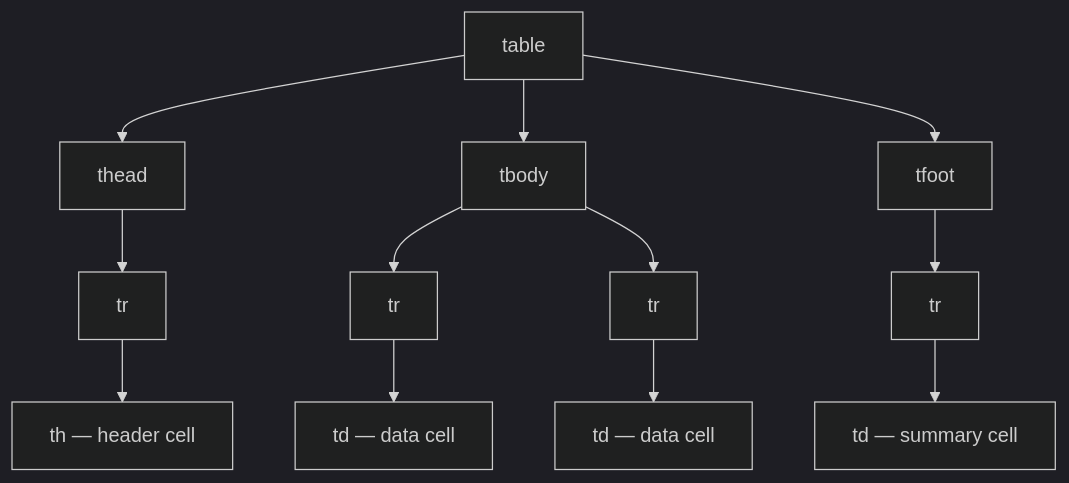
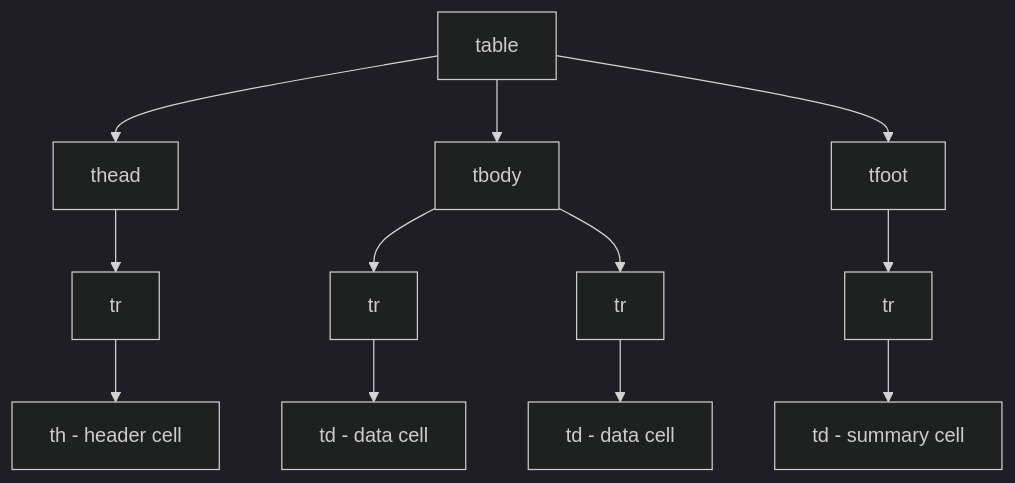
Before and after one commit to JLearn-space/HTML: the first of 2 diagrams in Lesson-5/en/Tables.md, drawn with Mermaid (dark theme). The commit also changed other lines of this file and 29 other files, not shown here.

````diff
--- a/Lesson-5/en/Tables.md
+++ b/Lesson-5/en/Tables.md
@@ -98,14 +98,14 @@
 ```mermaid
 flowchart TD
     A["table"] --> B["thead"]
     A --> C["tbody"]
     A --> D["tfoot"]
     B --> B1["tr"]
-    B1 --> B1a["th — header cell"]
+    B1 --> B1a["th - header cell"]
     C --> C1["tr"]
-    C1 --> C1a["td — data cell"]
+    C1 --> C1a["td - data cell"]
     C --> C2["tr"]
-    C2 --> C2a["td — data cell"]
+    C2 --> C2a["td - data cell"]
     D --> D1["tr"]
-    D1 --> D1a["td — summary cell"]
+    D1 --> D1a["td - summary cell"]
 ```
````
